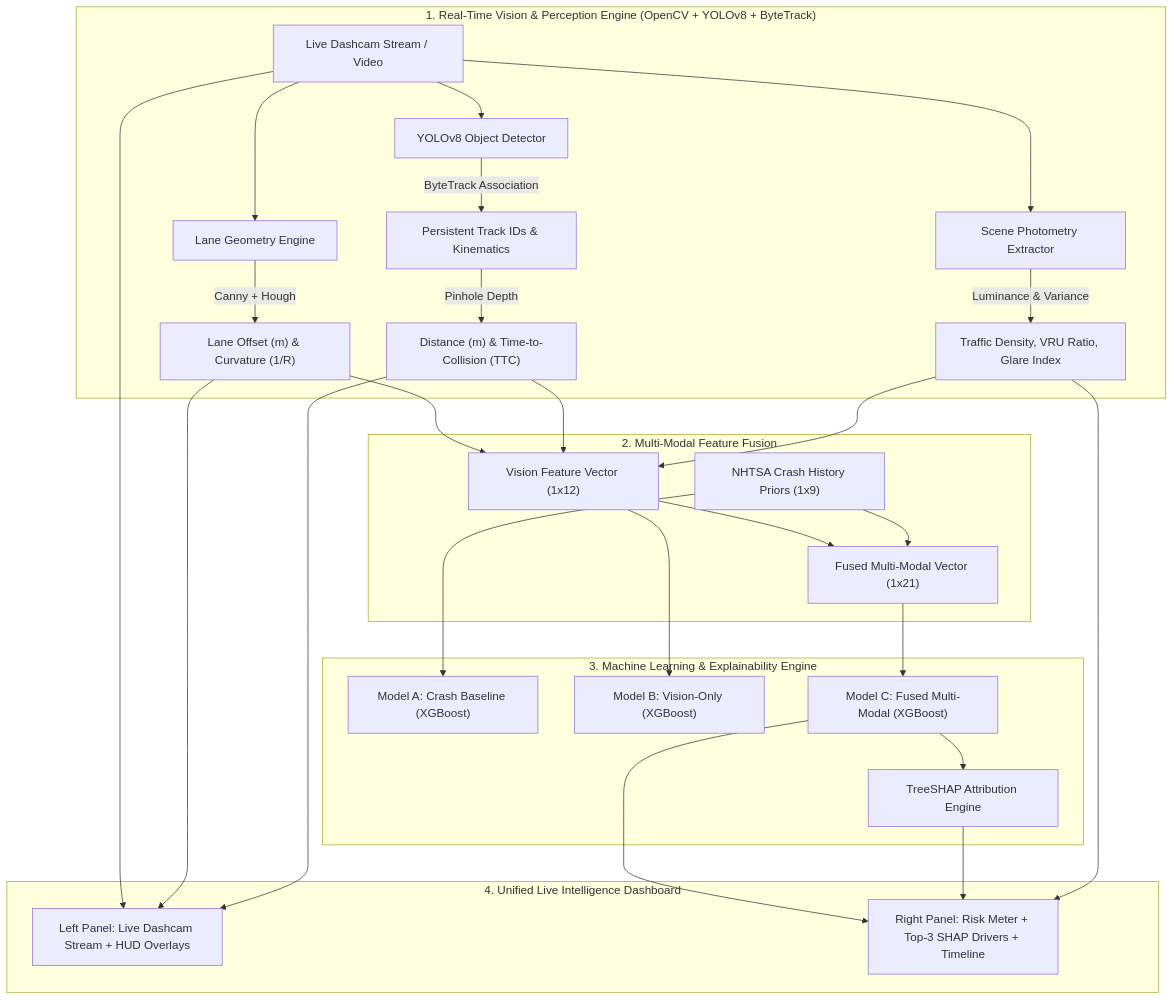
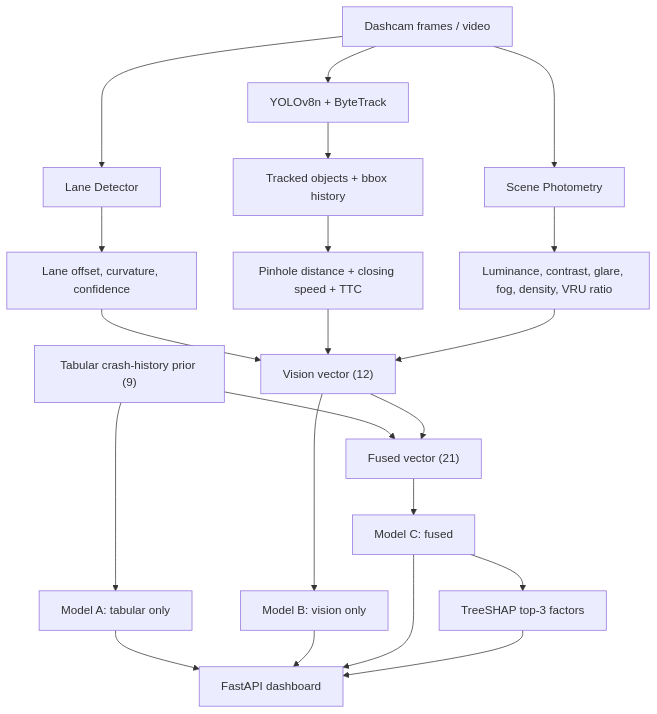
Before and after one commit to sidii1/DriveSense: the diagram in README.md, drawn with Mermaid. The commit also changed other lines of this file, not shown here.

````diff
--- a/README.md
+++ b/README.md
@@ -16,31 +30,22 @@
 ```mermaid
 graph TD
-    subgraph "1. Real-Time Vision & Perception Engine (OpenCV + YOLOv8 + ByteTrack)"
-        V[Live Dashcam Stream / Video] --> L[Lane Geometry Engine]
-        V --> O[YOLOv8 Object Detector]
-        V --> S[Scene Photometry Extractor]
-        
-        L --> |Canny + Hough| LF["Lane Offset (m) & Curvature (1/R)"]
-        O --> |ByteTrack Association| OF["Persistent Track IDs & Kinematics"]
-        OF --> |Pinhole Depth| DF["Distance (m) & Time-to-Collision (TTC)"]
-        S --> |Luminance & Variance| SF["Traffic Density, VRU Ratio, Glare Index"]
-    end
+    V[Dashcam frames / video] --> L[Lane Detector]
+    V --> O[YOLOv8n + ByteTrack]
+    V --> S[Scene Photometry]
 
-    subgraph "2. Multi-Modal Feature Fusion"
-        LF & DF & SF --> VF["Vision Feature Vector (1x12)"]
-        TF["NHTSA Crash History Priors (1x9)"]
-        VF & TF --> FF["Fused Multi-Modal Vector (1x21)"]
-    end
+    L --> LF["Lane offset, curvature, confidence"]
+    O --> TR["Tracked objects + bbox history"]
+    TR --> DT["Pinhole distance + closing speed + TTC"]
+    S --> SF["Luminance, contrast, glare, fog, density, VRU ratio"]
 
-    subgraph "3. Machine Learning & Explainability Engine"
-        TF --> MA["Model A: Crash Baseline (XGBoost)"]
-        VF --> MB["Model B: Vision-Only (XGBoost)"]
-        FF --> MC["Model C: Fused Multi-Modal (XGBoost)"]
-        MC --> SHAP["TreeSHAP Attribution Engine"]
-    end
+    LF & DT & SF --> VF["Vision vector (12)"]
+    TP["Tabular crash-history prior (9)"] --> FV
+    VF --> FV["Fused vector (21)"]
 
-    subgraph "4. Unified Live Intelligence Dashboard"
-        V & LF & DF --> LEFT["Left Panel: Live Dashcam Stream + HUD Overlays"]
-        MC & SHAP & SF --> RIGHT["Right Panel: Risk Meter + Top-3 SHAP Drivers + Timeline"]
-    end
+    TP --> MA["Model A: tabular only"]
+    VF --> MB["Model B: vision only"]
+    FV --> MC["Model C: fused"]
+    MC --> SHAP["TreeSHAP top-3 factors"]
+
+    MA & MB & MC & SHAP --> UI["FastAPI dashboard"]
 ```
````
